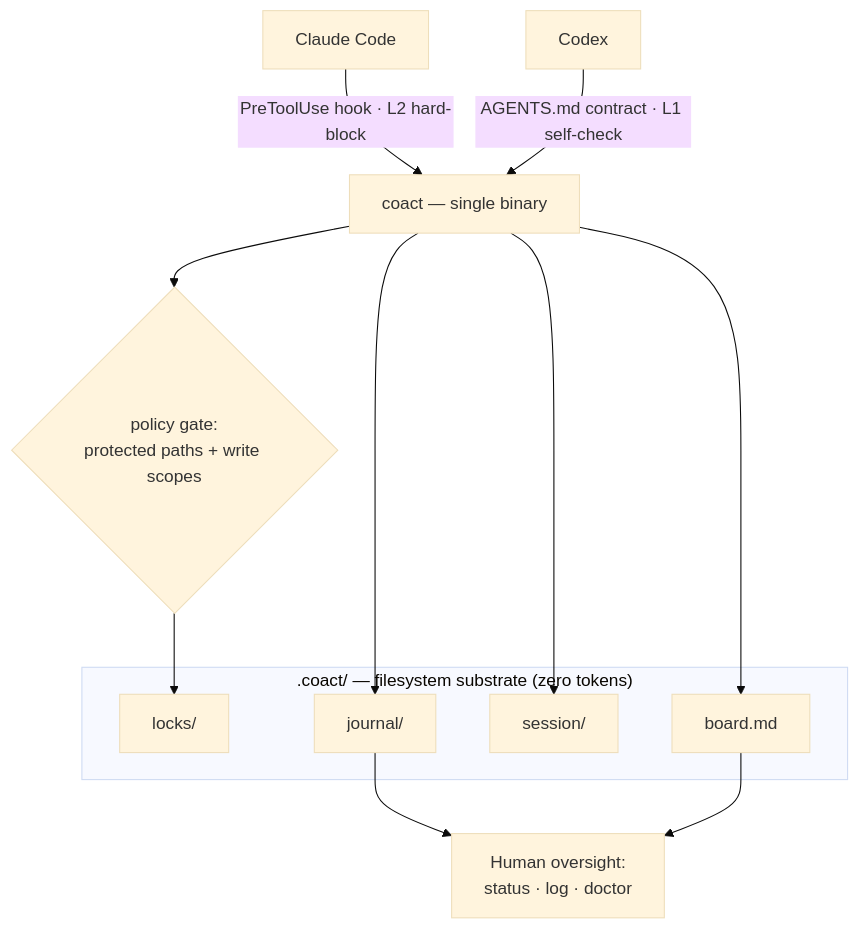
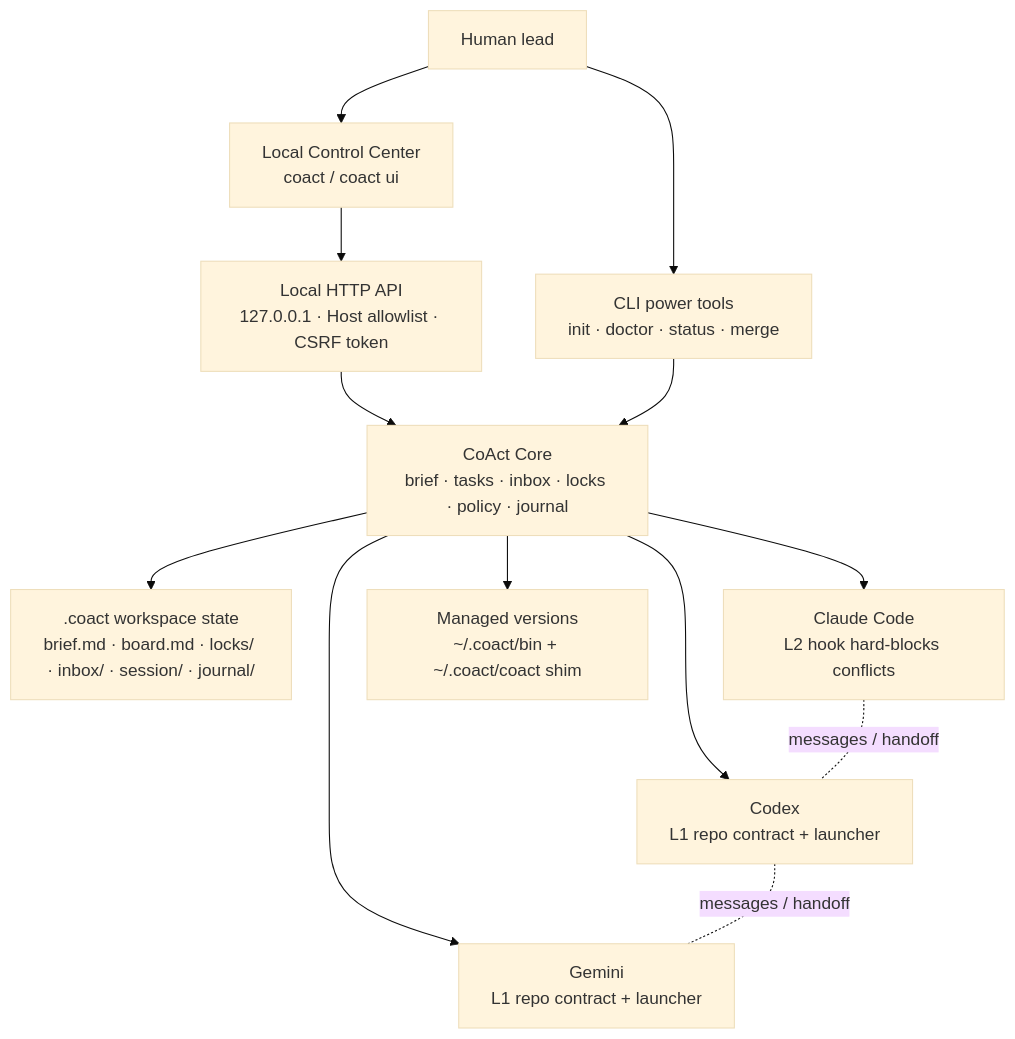
One commit to tianyi-zhang-02/coact changed the diagram in README.md. Above: the diagram before and after it, drawn with Mermaid (base theme). The commit also changed other lines of this file and 1 other file, not shown here.

````diff
--- a/README.md
+++ b/README.md
@@ -187,18 +107,18 @@
 ```mermaid
 flowchart TB
-    C["Claude Code"] -->|"PreToolUse hook · L2 hard-block"| CLI["coact — single binary"]
-    X["Codex"] -->|"AGENTS.md contract · L1 self-check"| CLI
-    CLI --> POL{"policy gate:<br/>protected paths + write scopes"}
-    subgraph FS[".coact/ — filesystem substrate (zero tokens)"]
-        LOCKS["locks/"]
-        BOARD["board.md"]
-        SESS["session/"]
-        JOUR["journal/"]
-    end
-    POL --> LOCKS
-    CLI --> BOARD
-    CLI --> SESS
-    CLI --> JOUR
-    JOUR --> HUMAN["Human oversight:<br/>status · log · doctor"]
-    BOARD --> HUMAN
+    Human["Human lead"] --> UI["Local Control Center<br/>coact / coact ui"]
+    Human --> CLI["CLI power tools<br/>init · doctor · status · merge"]
+
+    UI --> API["Local HTTP API<br/>127.0.0.1 · Host allowlist · CSRF token"]
+    API --> Core["CoAct Core<br/>brief · tasks · inbox · locks · policy · journal"]
+    CLI --> Core
+
+    Core --> FS[".coact workspace state<br/>brief.md · board.md · locks/ · inbox/ · session/ · journal/"]
+    Core --> Claude["Claude Code<br/>L2 hook hard-blocks conflicts"]
+    Core --> Codex["Codex<br/>L1 repo contract + launcher"]
+    Core --> Gemini["Gemini<br/>L1 repo contract + launcher"]
+    Core --> Versions["Managed versions<br/>~/.coact/bin + ~/.coact/coact shim"]
+
+    Claude -. messages / handoff .- Codex
+    Codex -. messages / handoff .- Gemini
 ```
````
